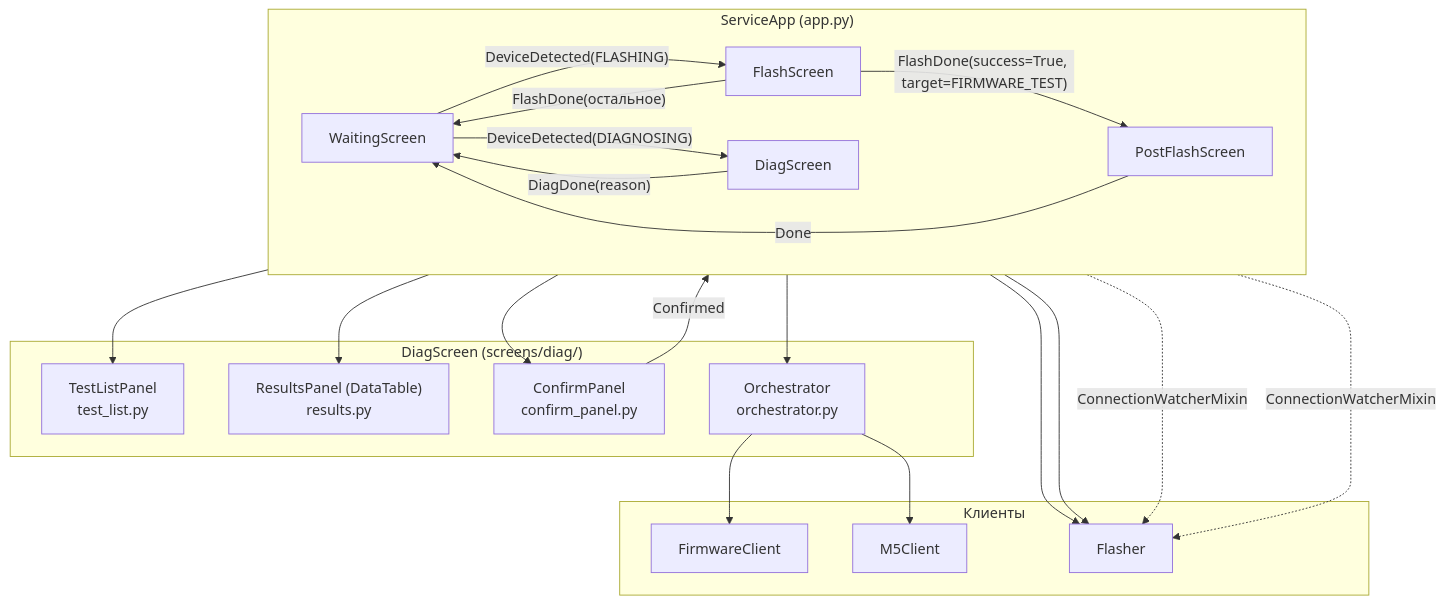
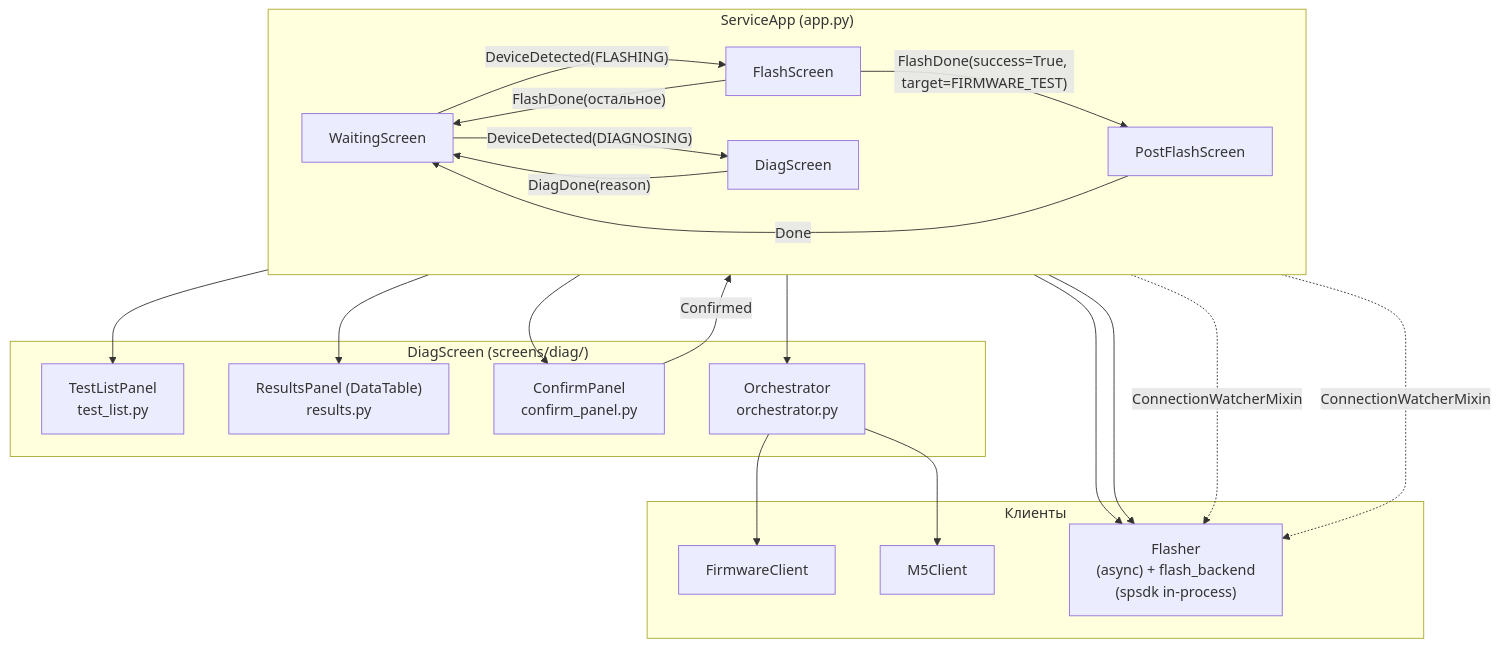
The fourth of 5 diagrams in tools/production/docs/DEV_ARCH.md (OSabuser/tft_manufacture_test), drawn with Mermaid before and after one commit. The commit also changed other lines of this file and 10 other files, not shown here.

````diff
--- a/tools/production/docs/DEV_ARCH.md
+++ b/tools/production/docs/DEV_ARCH.md
@@ -355,43 +373,43 @@
 ```mermaid
 graph TB
     subgraph ServiceApp["ServiceApp (app.py)"]
         direction LR
         WS["WaitingScreen"]
         FS["FlashScreen"]
         PF["PostFlashScreen"]
         DS["DiagScreen"]
     end
 
     subgraph DiagInternals["DiagScreen (screens/diag/)"]
         TL["TestListPanel\ntest_list.py"]
         RP["ResultsPanel (DataTable)\nresults.py"]
         CP["ConfirmPanel\nconfirm_panel.py"]
         OR["Orchestrator\norchestrator.py"]
     end
 
     subgraph Clients["Клиенты"]
         FC["FirmwareClient"]
         M5["M5Client"]
-        FL["Flasher"]
+        FL["Flasher\n(async) + flash_backend\n(spsdk in-process)"]
     end
 
     WS -->|"DeviceDetected(FLASHING)"| FS
     WS -->|"DeviceDetected(DIAGNOSING)"| DS
     FS -->|"FlashDone(success=True, target=FIRMWARE_TEST)"| PF
     FS -->|"FlashDone(остальное)"| WS
     PF -->|"Done"| WS
     DS -->|"DiagDone(reason)"| WS
 
     FS --> FL
     DS --> OR
     DS --> TL
     DS --> RP
     DS --> CP
     CP -->|"Confirmed"| DS
     OR --> FC
     OR --> M5
     WS --> FL
 
     FS -.->|"ConnectionWatcherMixin"| FL
     DS -.->|"ConnectionWatcherMixin"| FL
 ```
````
